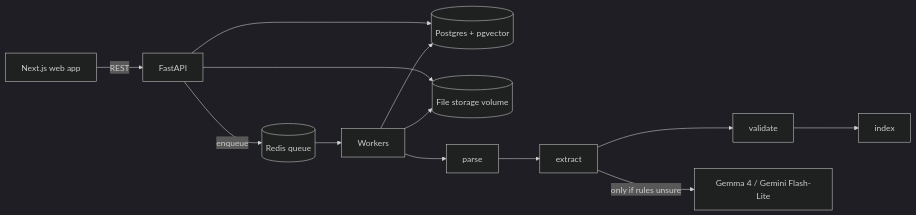
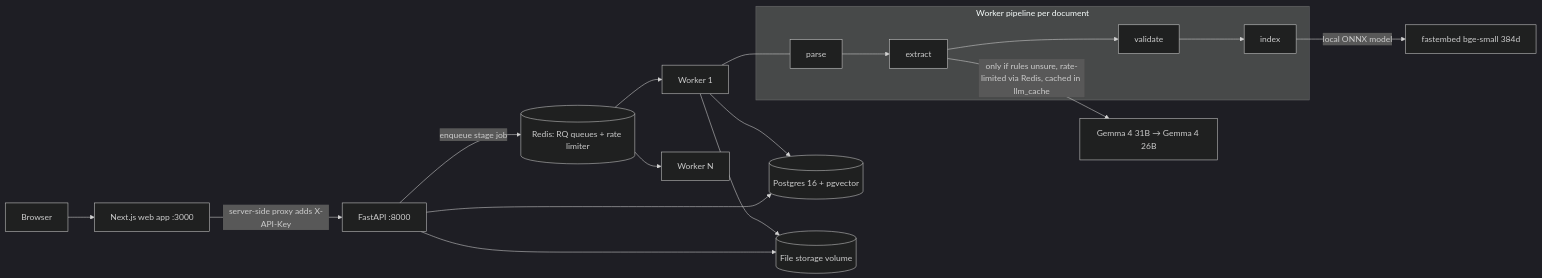
One commit to Potato-dragon/invoice-processor changed the first of 3 diagrams in docs/ARCHITECTURE.md. Above: the diagram before and after it, drawn with Mermaid (dark theme). The commit also changed other lines of this file and 7 other files, not shown here.

Commit message:
docs: README (PowerShell setup), architecture + DB schema, decisions 12-21, contract changes, AI disclosure

````diff
--- a/docs/ARCHITECTURE.md
+++ b/docs/ARCHITECTURE.md
@@ -7,15 +7,18 @@
 ```mermaid
 flowchart LR
-  UI[Next.js web app] -->|REST| API[FastAPI]
-  API --> DB[(Postgres + pgvector)]
+  B[Browser] --> UI[Next.js web app :3000]
+  UI -->|server-side proxy adds X-API-Key| API[FastAPI :8000]
+  API --> DB[(Postgres 16 + pgvector)]
   API --> FS[(File storage volume)]
-  API -->|enqueue| Q[(Redis queue)]
-  Q --> W[Workers]
-  W --> P1[parse]
-  P1 --> P2[extract]
-  P2 --> P3[validate]
-  P3 --> P4[index]
-  W --> DB
-  W --> FS
-  P2 -->|only if rules unsure| LLM[Gemma 4 / Gemini Flash-Lite]
+  API -->|enqueue stage job| Q[(Redis: RQ queues + rate limiter)]
+  Q --> W1[Worker 1]
+  Q --> W2[Worker N]
+  subgraph Worker pipeline per document
+    P1[parse] --> P2[extract] --> P3[validate] --> P4[index]
+  end
+  W1 --- P1
+  W1 --> DB
+  W1 --> FS
+  P2 -->|only if rules unsure, rate-limited via Redis, cached in llm_cache| LLM[Gemma 4 31B → Gemma 4 26B]
+  P4 -->|local ONNX model| EMB[fastembed bge-small 384d]
 ```
````
